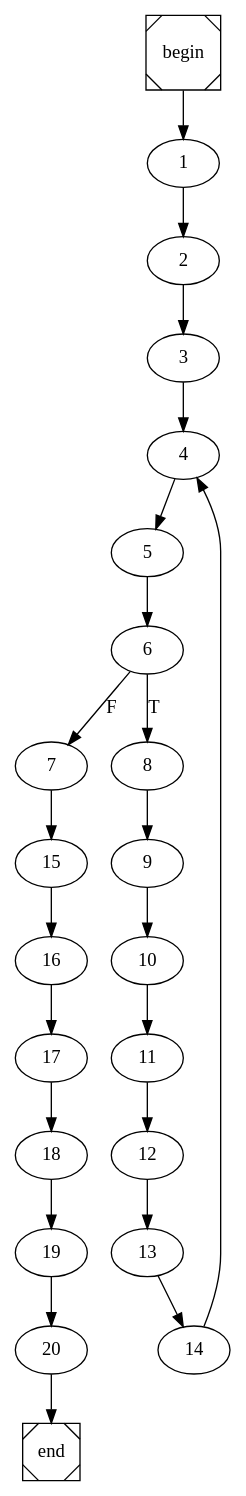
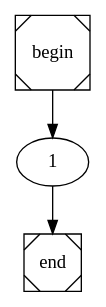
One commit to TiagooGomess/COMP2021-1B changed the diagram in main.dot. Above: the diagram before and after it, drawn with Graphviz. The commit also changed 4 other files, not shown here.

```diff
--- a/main.dot
+++ b/main.dot
@@ -1,4 +1,4 @@
 digraph cfg {
 	begin [shape=Msquare];
 	end [shape=Msquare];
-	begin -> 1;	1 -> 2;	2 -> 3;	3 -> 4;	4 -> 5;	5 -> 6;	6 -> 8[label=T];	6 -> 7[label=F];	7 -> 15;	8 -> 9;	9 -> 10;	10 -> 11;	11 -> 12;	12 -> 13;	13 -> 14;	14 -> 4;	15 -> 16;	16 -> 17;	17 -> 18;	18 -> 19;	19 -> 20;	20 -> end;}
+	begin -> 1;	1 -> end;}
```
